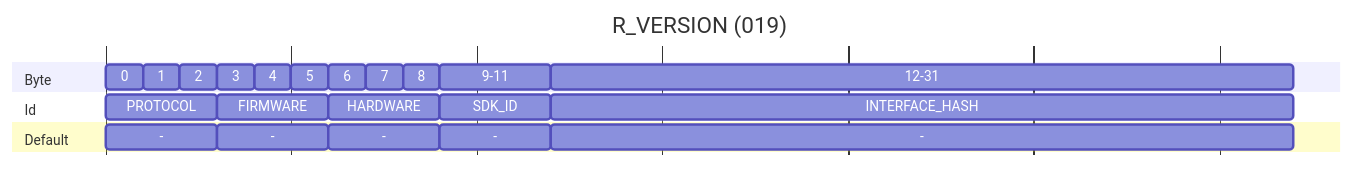
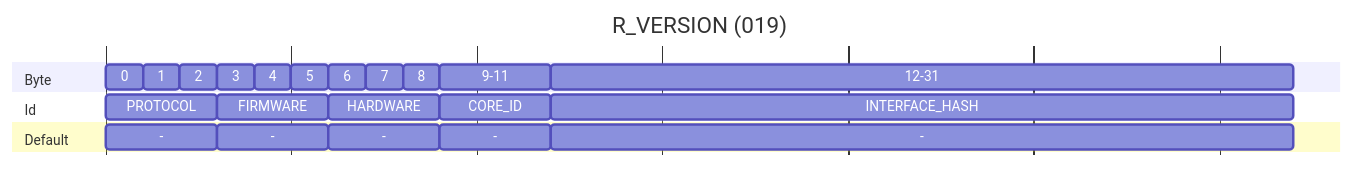
One commit to harp-tech/protocol changed the tenth of 19 diagrams in Device.md. Above: the diagram before and after it, drawn with Mermaid. The commit also changed other lines of this file, not shown here.

Commit message:
Rename SDK_ID to CORE_ID in R_VERSION (#203)
This aims to keep terminology consistent by avoiding a new term.

````diff
--- a/Device.md
+++ b/Device.md
@@ -601,36 +601,36 @@
 ```mermaid
 ---
 displayMode: compact
 ---
 gantt
     title R_VERSION (019)
     dateFormat X
     axisFormat %
 
     section Byte
     0         :prot_major, 0, 1
     1         :prot_minor, after prot_major, 2
     2         :prot_patch, after prot_minor, 3
     3         :fw_major, after prot_patch, 4
     4         :fw_minor, after fw_major, 5
     5         :fw_patch, after fw_minor, 6
     6         :hw_major, after fw_patch, 7
     7         :hw_minor, after hw_major, 8
     8         :hw_patch, after hw_minor, 9
-    9-11      :sdk_id, after hw_patch, 12
-    12-31     :interface_hash, after sdk_id, 32
+    9-11      :core_id, after hw_patch, 12
+    12-31     :interface_hash, after core_id, 32
 
     section Id
     PROTOCOL        :protocol, 0, 3
     FIRMWARE        :firmware, after prot_patch, 6
     HARDWARE        :hardware, after fw_patch, 9
-    SDK_ID          :sdk, after hw_patch, 12
-    INTERFACE_HASH  :protocol, after sdk_id, 32
+    CORE_ID         :core, after hw_patch, 12
+    INTERFACE_HASH  :protocol, after core_id, 32
 
     section Default
     -      :d0, 0, 3
     -      :d1, after prot_patch, 6
     -      :d2, after fw_patch, 9
     -      :d3, after hw_patch, 12
-    -      :d4, after sdk_id, 32
+    -      :d4, after core_id, 32
 ```
````
